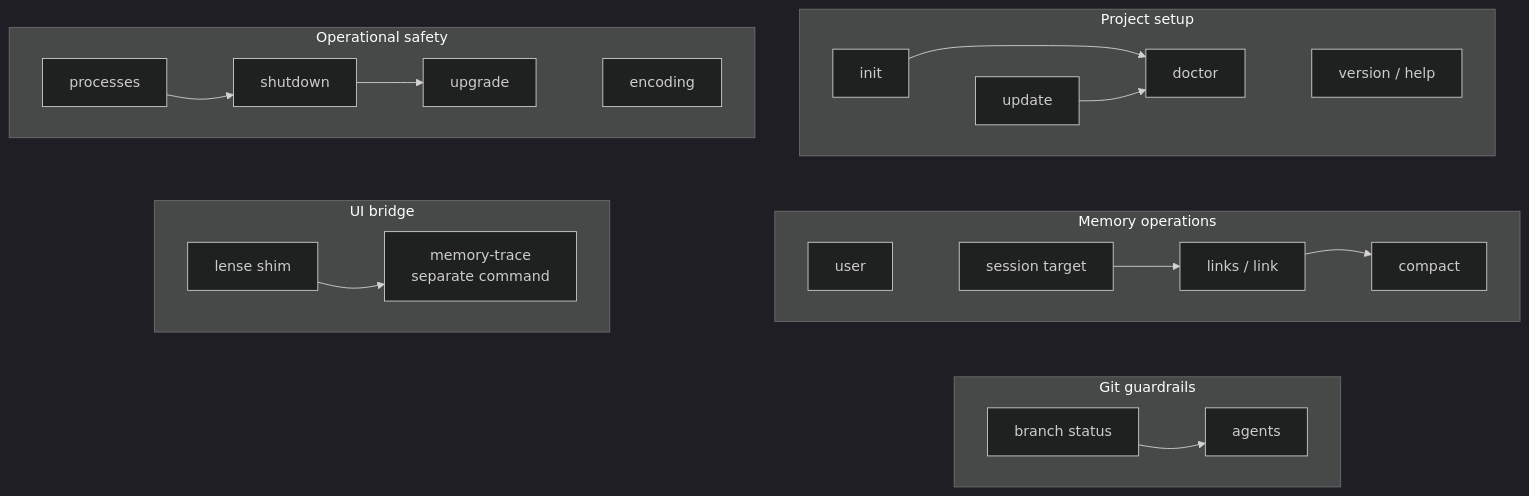
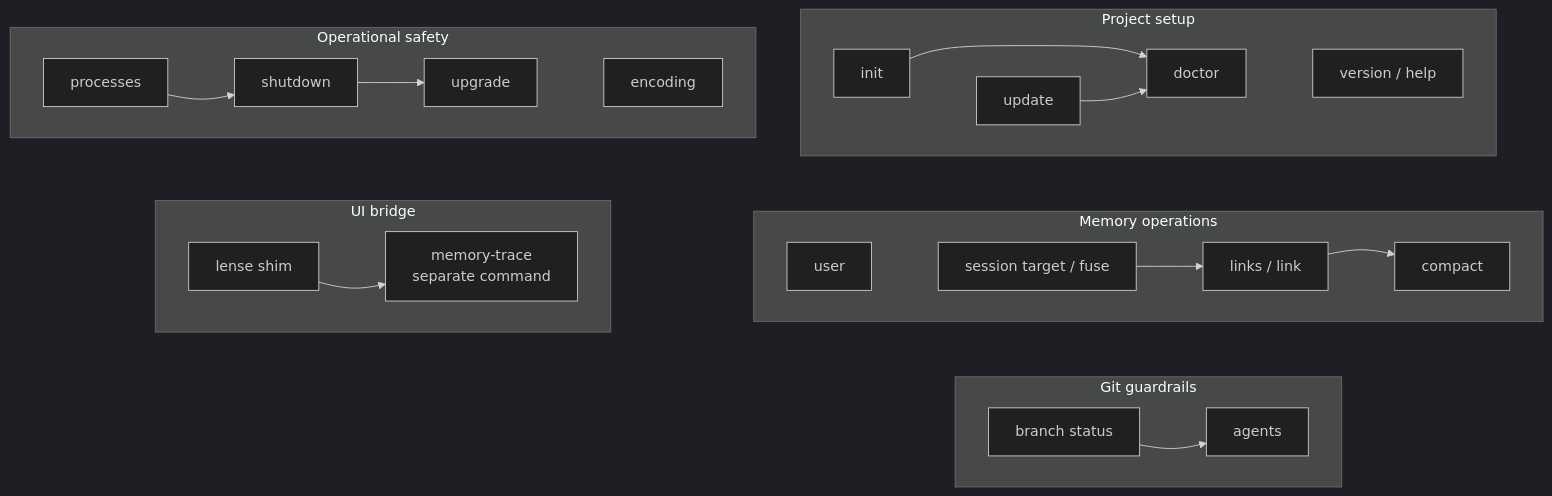
One commit to jnl-tshi/memory-seed changed the third of 23 diagrams in docs/3_Spec/functionality-audit.md. Above: the diagram before and after it, drawn with Mermaid (dark theme). The commit also changed other lines of this file and 54 other files, not shown here.

First line of the commit message:
feat: add session fuse preview workflow

````diff
--- a/docs/3_Spec/functionality-audit.md
+++ b/docs/3_Spec/functionality-audit.md
@@ -174,43 +175,43 @@
 ```mermaid
 graph TD
   subgraph SetupTier["Project setup"]
     direction LR
     INIT["init"] ~~~ UPDATE["update"]
     DOCTOR["doctor"] ~~~ VERSION["version / help"]
   end
 
   subgraph MemoryTier["Memory operations"]
     direction LR
-    USER["user"] ~~~ SESSION["session target"]
+    USER["user"] ~~~ SESSION["session target / fuse"]
     COMPACT["compact"] ~~~ LINKS["links / link"]
   end
 
   subgraph GitTier["Git guardrails"]
     direction LR
     BRANCH["branch status"] ~~~ AGENTS["agents"]
   end
 
   subgraph OpsTier["Operational safety"]
     direction LR
     PROCESSES["processes"] ~~~ SHUTDOWN["shutdown"]
     UPGRADE["upgrade"] ~~~ ENCODING["encoding"]
   end
 
   subgraph UiTier["UI bridge"]
     direction LR
     LENSE["lense shim"] ~~~ TRACE["memory-trace<br>separate command"]
   end
 
   SetupTier ~~~ MemoryTier
   MemoryTier ~~~ GitTier
   OpsTier ~~~ UiTier
 
   INIT --> DOCTOR
   UPDATE --> DOCTOR
   SESSION --> LINKS
   LINKS --> COMPACT
   BRANCH --> AGENTS
   PROCESSES --> SHUTDOWN
   SHUTDOWN --> UPGRADE
   LENSE --> TRACE
 ```
````
